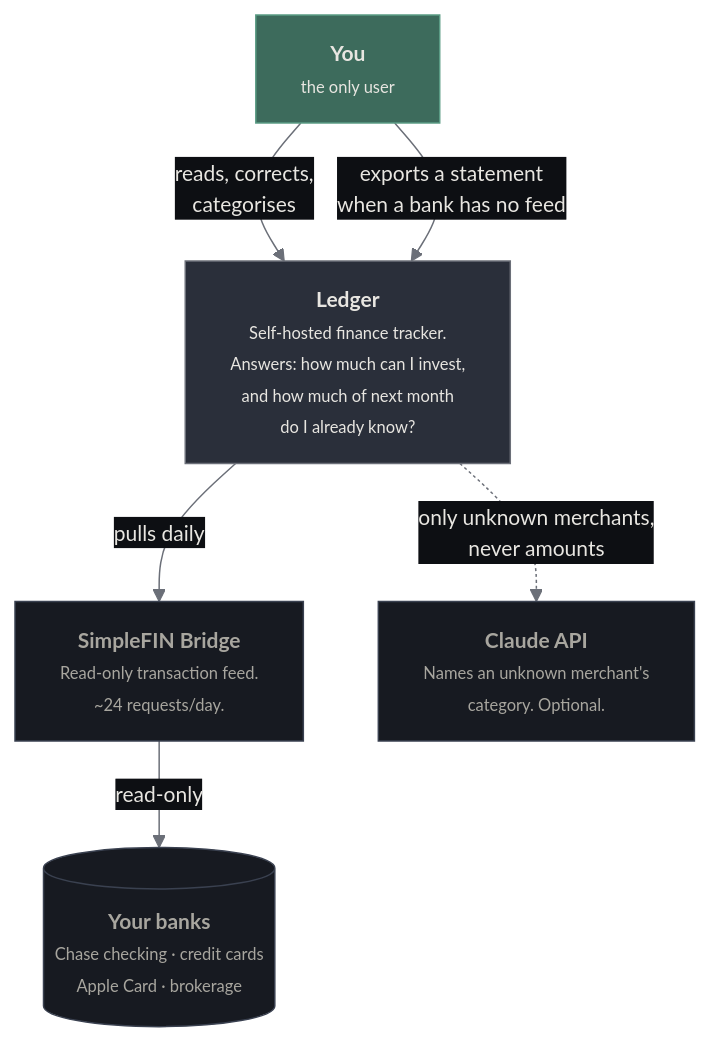
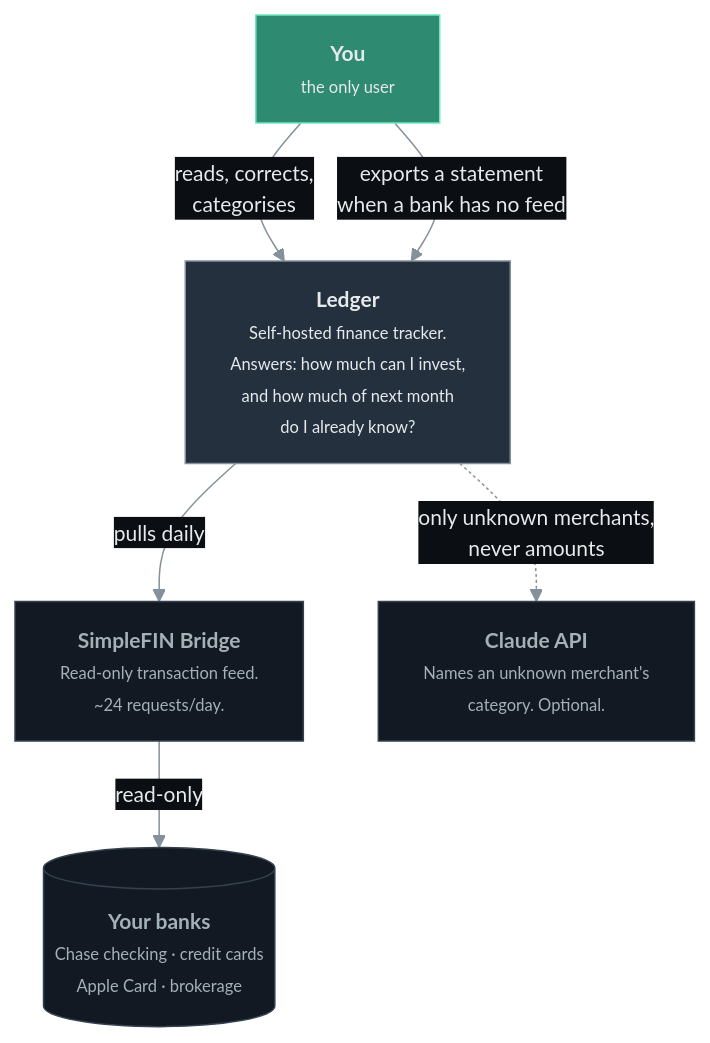
One commit to aryamanram/personal-finance-manager changed the diagram in docs/architecture/README.md. Above: the diagram before and after it, drawn with Mermaid. The commit also changed 8 other files, not shown here.

````diff
--- a/docs/architecture/README.md
+++ b/docs/architecture/README.md
@@ -31,30 +31,30 @@
 ```mermaid
 %%{init: {'theme':'base','themeVariables':{
   'background':'transparent',
-  'primaryColor':'#1f232c','primaryTextColor':'#e8e6e1','primaryBorderColor':'#3a4150',
-  'lineColor':'#6b6f78','secondaryColor':'#171a21','tertiaryColor':'#12141a',
-  'clusterBkg':'#12141a','clusterBorder':'#2a2f3a',
-  'edgeLabelBackground':'#0d0f13','fontSize':'14px'
+  'primaryColor':'#1b2430','primaryTextColor':'#e6eaec','primaryBorderColor':'#34424f',
+  'lineColor':'#84919a','secondaryColor':'#131922','tertiaryColor':'#0f141b',
+  'clusterBkg':'#0f141b','clusterBorder':'#25303e',
+  'edgeLabelBackground':'#0b0f14','fontSize':'14px'
 }}}%%
 flowchart TB
     owner["<b>You</b><br/><span style='font-size:11px'>the only user</span>"]
 
     ledger["<b>Ledger</b><br/><span style='font-size:11px'>Self-hosted finance tracker.<br/>Answers: how much can I invest,<br/>and how much of next month<br/>do I already know?</span>"]
 
     banks[("<b>Your banks</b><br/><span style='font-size:11px'>Chase checking · credit cards<br/>Apple Card · brokerage</span>")]
     simplefin["<b>SimpleFIN Bridge</b><br/><span style='font-size:11px'>Read-only transaction feed.<br/>~24 requests/day.</span>"]
     anthropic["<b>Claude API</b><br/><span style='font-size:11px'>Names an unknown merchant's<br/>category. Optional.</span>"]
 
     owner -->|"reads, corrects,<br/>categorises"| ledger
     ledger -->|"pulls daily"| simplefin
     simplefin -->|"read-only"| banks
     owner -->|"exports a statement<br/>when a bank has no feed"| ledger
     ledger -.->|"only unknown merchants,<br/>never amounts"| anthropic
 
-    classDef person fill:#3d6b5c,stroke:#5b9c85,color:#e8e6e1
-    classDef core fill:#2a2f3a,stroke:#6b6f78,color:#e8e6e1
-    classDef ext fill:#171a21,stroke:#3a4150,color:#a8a69f
+    classDef person fill:#2f8a72,stroke:#6ee7c0,color:#e6eaec
+    classDef core fill:#25303e,stroke:#84919a,color:#e6eaec
+    classDef ext fill:#131922,stroke:#34424f,color:#a5b0b7
     class owner person
     class ledger core
     class banks,simplefin,anthropic ext
 ```
````
